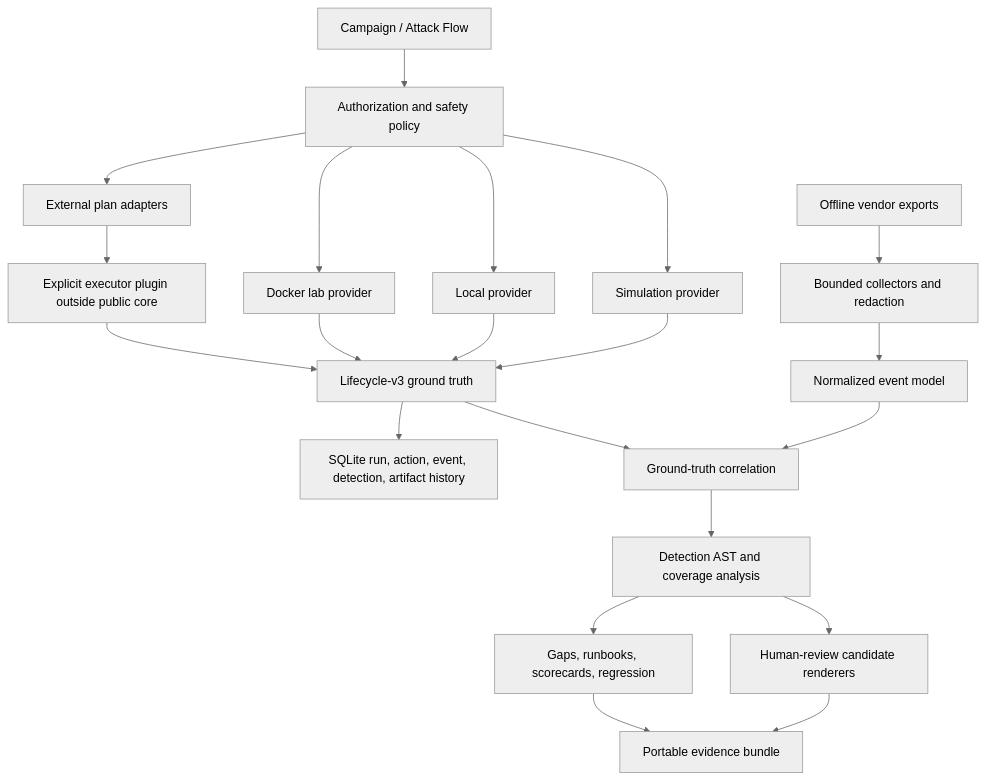
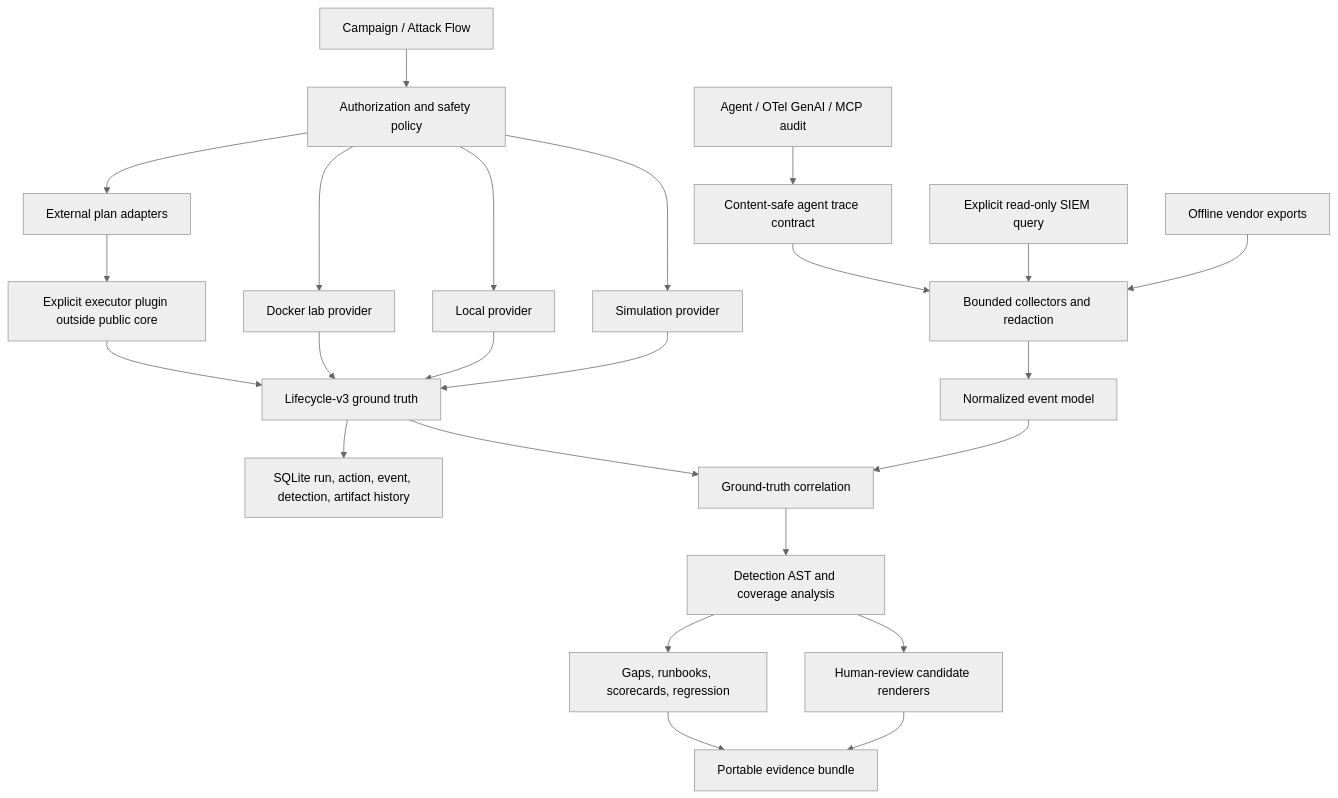
One commit to hellnbak/AgentSim changed the diagram in ARCHITECTURE.md. Above: the diagram before and after it, drawn with Mermaid (neutral theme). The commit also changed other lines of this file and 47 other files, not shown here.

````diff
--- a/ARCHITECTURE.md
+++ b/ARCHITECTURE.md
@@ -7,23 +7,26 @@
 ```mermaid
 flowchart TD
     Campaign["Campaign / Attack Flow"] --> Policy["Authorization and safety policy"]
     Policy --> Sim["Simulation provider"]
     Policy --> Local["Local provider"]
     Policy --> Docker["Docker lab provider"]
     Policy --> Plan["External plan adapters"]
     Plan --> Plugin["Explicit executor plugin outside public core"]
     Sim --> Timeline["Lifecycle-v3 ground truth"]
     Local --> Timeline
     Docker --> Timeline
     Plugin --> Timeline
     Timeline --> Store["SQLite run, action, event, detection, artifact history"]
     Export["Offline vendor exports"] --> Collect["Bounded collectors and redaction"]
+    Live["Explicit read-only SIEM query"] --> Collect
+    Runtime["Agent / OTel GenAI / MCP audit"] --> Contract["Content-safe agent trace contract"]
+    Contract --> Collect
     Collect --> Normalize["Normalized event model"]
     Normalize --> Correlate["Ground-truth correlation"]
     Timeline --> Correlate
     Correlate --> Detect["Detection AST and coverage analysis"]
     Detect --> Candidate["Human-review candidate renderers"]
     Detect --> Defense["Gaps, runbooks, scorecards, regression"]
     Candidate --> Bundle["Portable evidence bundle"]
     Defense --> Bundle
 ```
````
